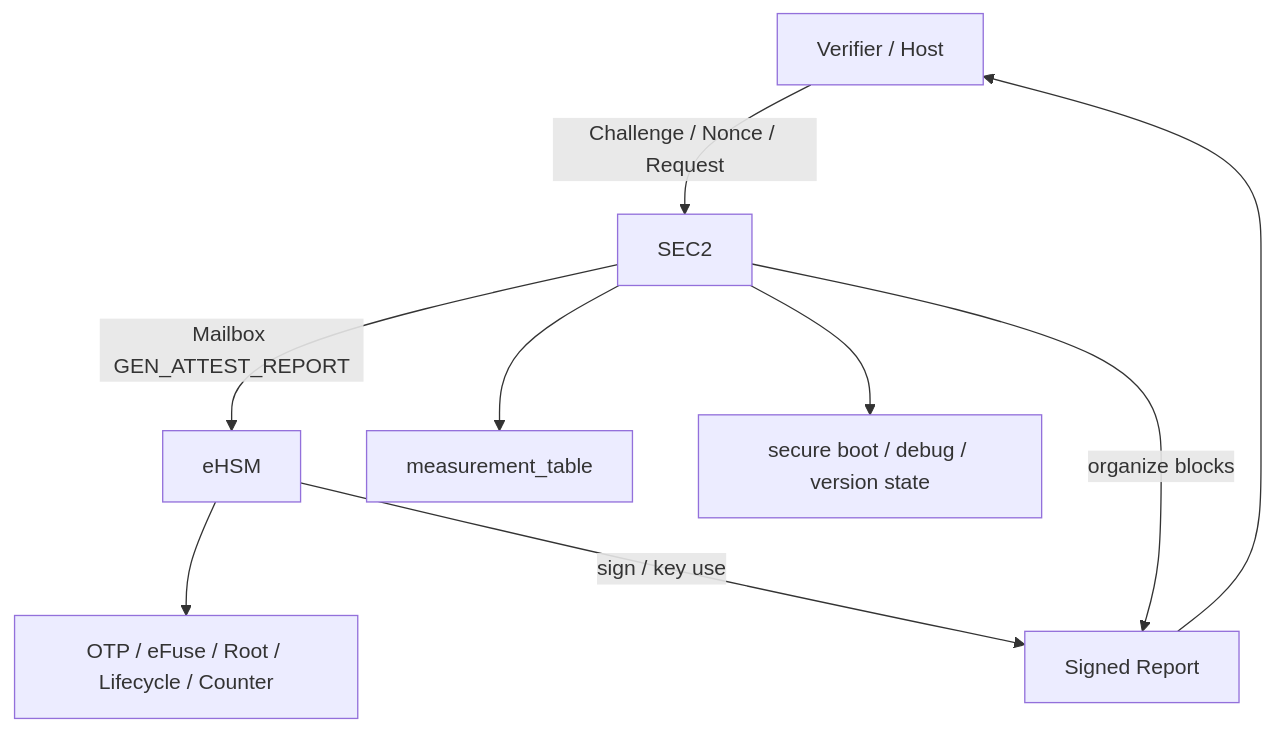
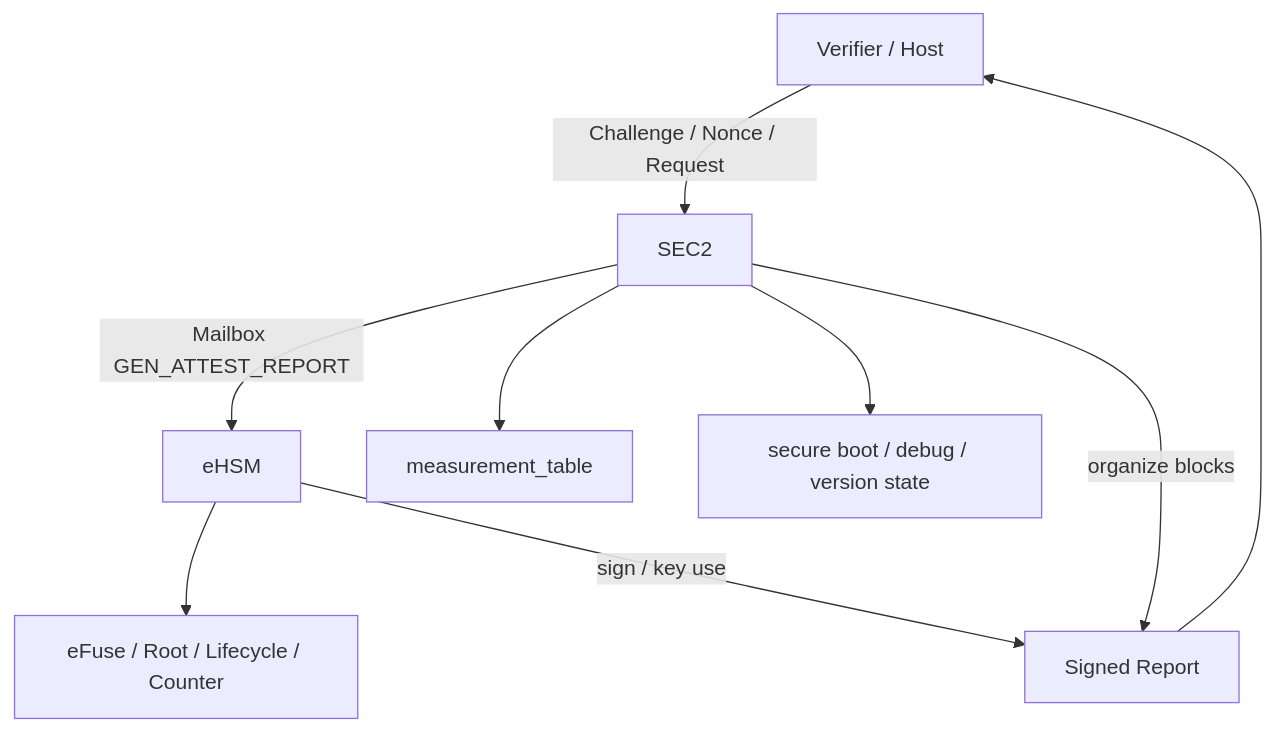
One commit to DBW19931021/security_-scheme changed diagram 12 of 29 in ngu800_security_solution_flow_with_gpt/security_workflow/03_detailed_design/10_full_design.md. Above: the diagram before and after it, drawn with Mermaid. The commit also changed other lines of this file and 28 other files, not shown here.

````diff
--- a/ngu800_security_solution_flow_with_gpt/security_workflow/03_detailed_design/10_full_design.md
+++ b/ngu800_security_solution_flow_with_gpt/security_workflow/03_detailed_design/10_full_design.md
@@ -1150,11 +1366,11 @@
 ```mermaid
 graph TD
     V[Verifier / Host] -->|Challenge / Nonce / Request| SEC2[SEC2]
     SEC2 -->|Mailbox GEN_ATTEST_REPORT| EH[eHSM]
-    EH --> OTP[OTP / eFuse / Root / Lifecycle / Counter]
+    EH --> eFuse[eFuse / Root / Lifecycle / Counter]
     SEC2 --> MT[measurement_table]
     SEC2 --> ST[secure boot / debug / version state]
     EH -->|sign / key use| REP[Signed Report]
     SEC2 -->|organize blocks| REP
     REP --> V
 ```
````
